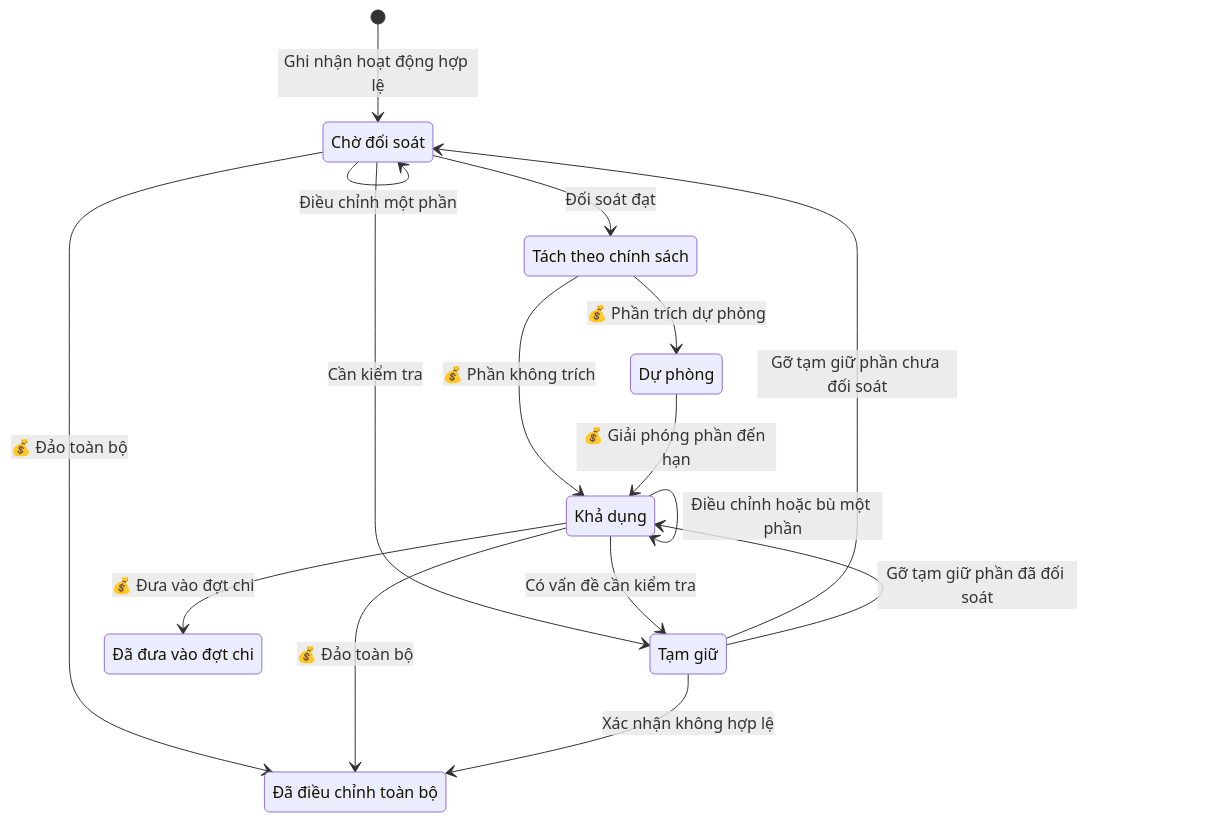
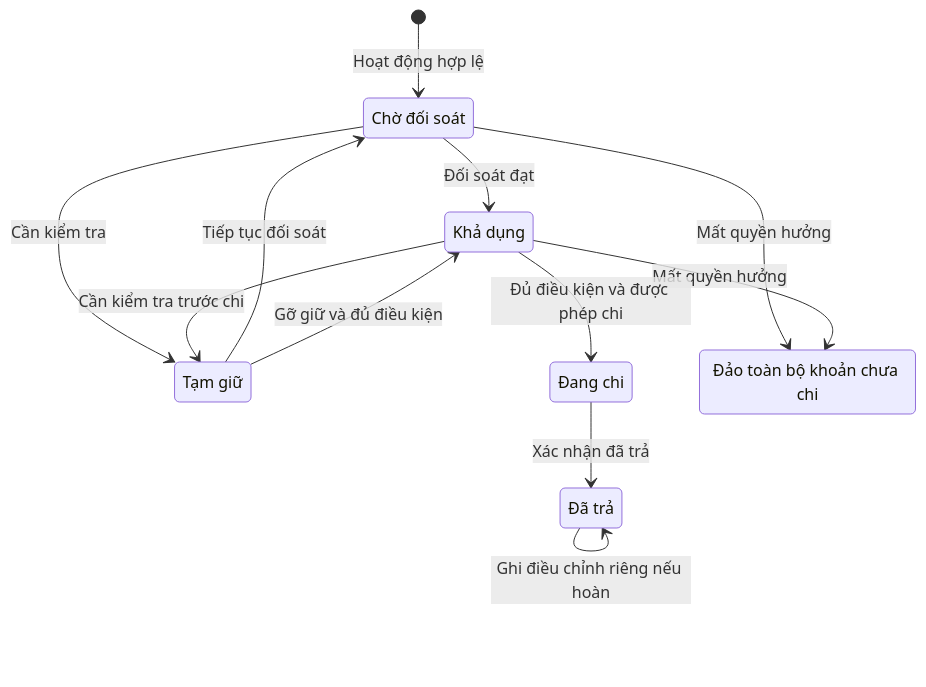
One commit to vlink-group/VlinkPay changed the fifth of 5 diagrams in nexora/docs/business/business-oneqr-earnings.md. Above: the diagram before and after it, drawn with Mermaid. The commit also changed other lines of this file, not shown here.

````diff
--- a/nexora/docs/business/business-oneqr-earnings.md
+++ b/nexora/docs/business/business-oneqr-earnings.md
@@ -305,25 +226,20 @@
 ```mermaid
 stateDiagram-v2
     state "Chờ đối soát" as Pending
-    state "Tách theo chính sách" as Allocation
-    state "Dự phòng" as ReservedPart
     state "Khả dụng" as Available
     state "Tạm giữ" as Held
-    state "Đã đưa vào đợt chi" as Allocated
-    state "Đã điều chỉnh toàn bộ" as Reversed
-    [*] --> Pending : Ghi nhận hoạt động hợp lệ
-    Pending --> Allocation : Đối soát đạt
-    Allocation --> Available : 💰 Phần không trích
-    Allocation --> ReservedPart : 💰 Phần trích dự phòng
+    state "Đang chi" as InPayout
+    state "Đã trả" as Paid
+    state "Đảo toàn bộ khoản chưa chi" as Reversed
+    [*] --> Pending : Hoạt động hợp lệ
+    Pending --> Available : Đối soát đạt
     Pending --> Held : Cần kiểm tra
-    Available --> Held : Có vấn đề cần kiểm tra
-    Held --> Pending : Gỡ tạm giữ phần chưa đối soát
-    Held --> Available : Gỡ tạm giữ phần đã đối soát
-    ReservedPart --> Available : 💰 Giải phóng phần đến hạn
-    Pending --> Reversed : 💰 Đảo toàn bộ
-    Available --> Reversed : 💰 Đảo toàn bộ
-    Held --> Reversed : Xác nhận không hợp lệ
-    Pending --> Pending : Điều chỉnh một phần
-    Available --> Available : Điều chỉnh hoặc bù một phần
-    Available --> Allocated : 💰 Đưa vào đợt chi
+    Available --> Held : Cần kiểm tra trước chi
+    Held --> Pending : Tiếp tục đối soát
+    Held --> Available : Gỡ giữ và đủ điều kiện
+    Pending --> Reversed : Mất quyền hưởng
+    Available --> Reversed : Mất quyền hưởng
+    Available --> InPayout : Đủ điều kiện và được phép chi
+    InPayout --> Paid : Xác nhận đã trả
+    Paid --> Paid : Ghi điều chỉnh riêng nếu hoàn
 ```
````
